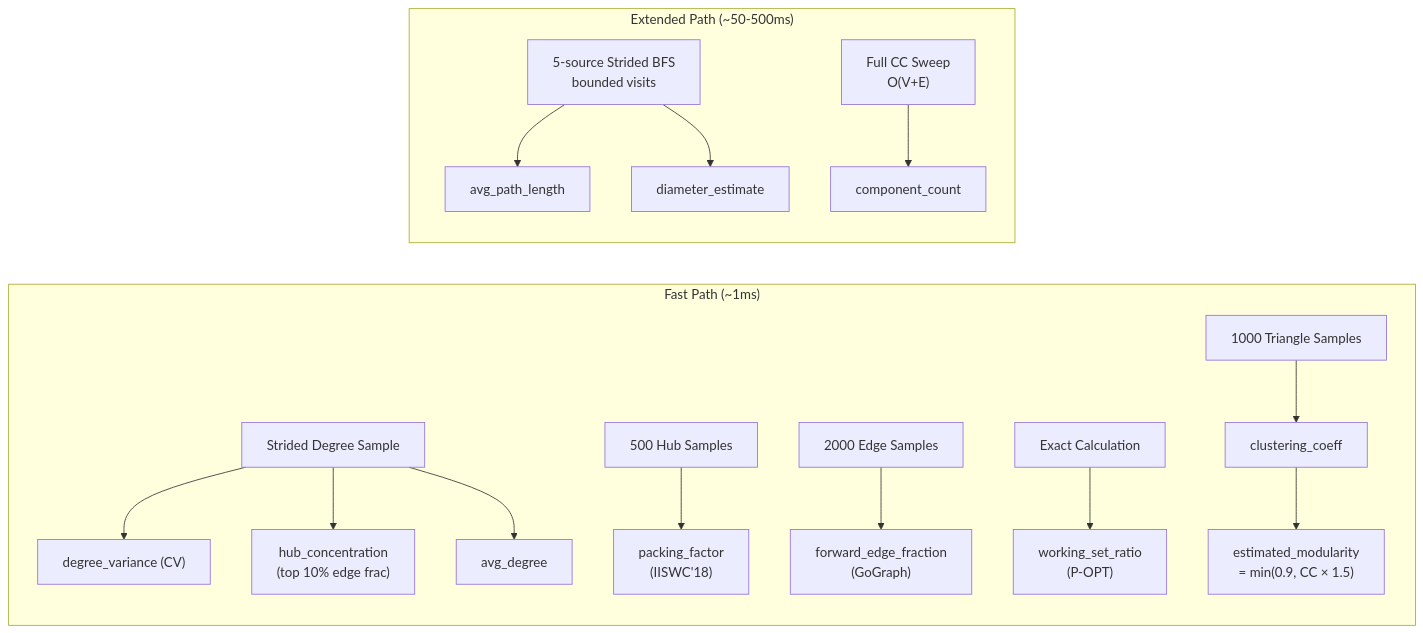
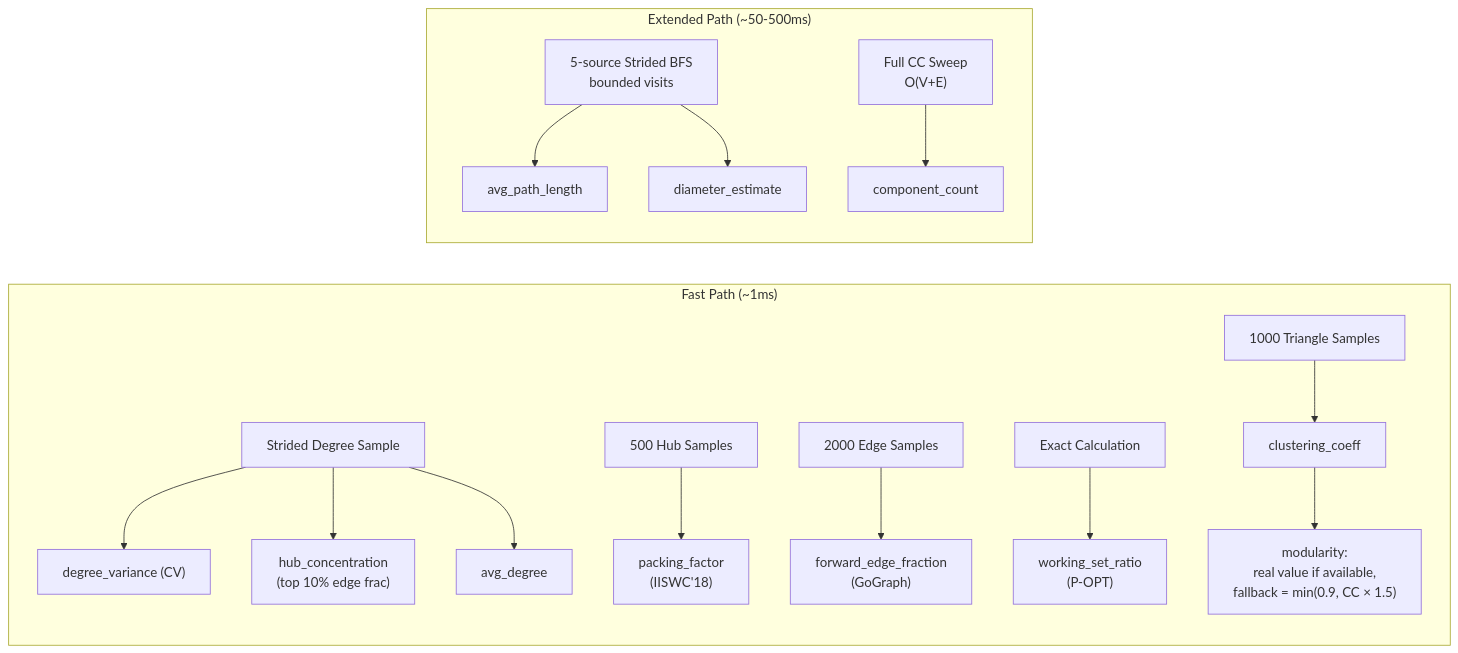
One commit to UVA-LavaLab/GraphBrew changed the fourth of 4 diagrams in wiki/AdaptiveOrder-ML.md. Above: the diagram before and after it, drawn with Mermaid. The commit also changed other lines of this file and 22 other files, not shown here.

````diff
--- a/wiki/AdaptiveOrder-ML.md
+++ b/wiki/AdaptiveOrder-ML.md
@@ -696,21 +716,21 @@
 ```mermaid
 flowchart LR
     subgraph "Fast Path (~1ms)"
         direction TB
         S1["Strided Degree Sample"] --> S2["degree_variance (CV)"]
         S1 --> S3["hub_concentration<br/>(top 10% edge frac)"]
         S1 --> S4["avg_degree"]
         S5["500 Hub Samples"] --> S6["packing_factor<br/>(IISWC'18)"]
         S7["2000 Edge Samples"] --> S8["forward_edge_fraction<br/>(GoGraph)"]
         S9["Exact Calculation"] --> S10["working_set_ratio<br/>(P-OPT)"]
         S11["1000 Triangle Samples"] --> S12["clustering_coeff"]
-        S12 --> S13["estimated_modularity<br/>= min(0.9, CC × 1.5)"]
+        S12 --> S13["modularity:<br/>real value if available,<br/>fallback = min(0.9, CC × 1.5)"]
     end
 
     subgraph "Extended Path (~50-500ms)"
         direction TB
         E1["5-source Strided BFS<br/>bounded visits"] --> E2["avg_path_length"]
         E1 --> E3["diameter_estimate"]
         E4["Full CC Sweep<br/>O(V+E)"] --> E5["component_count"]
     end
 ```
````
